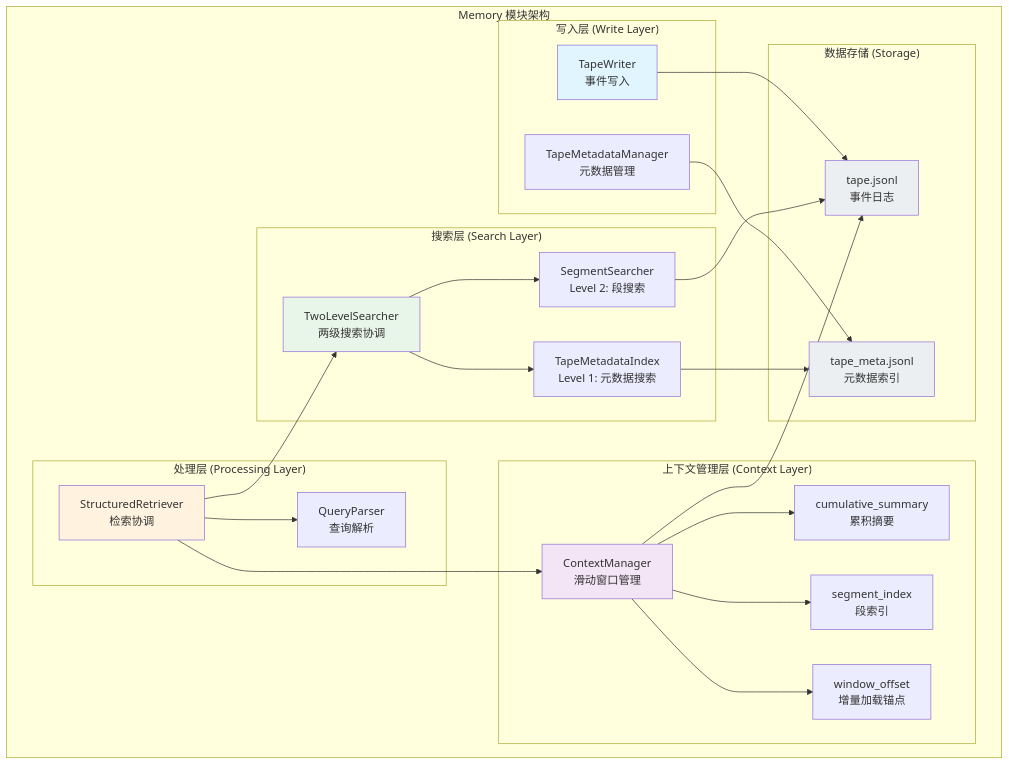
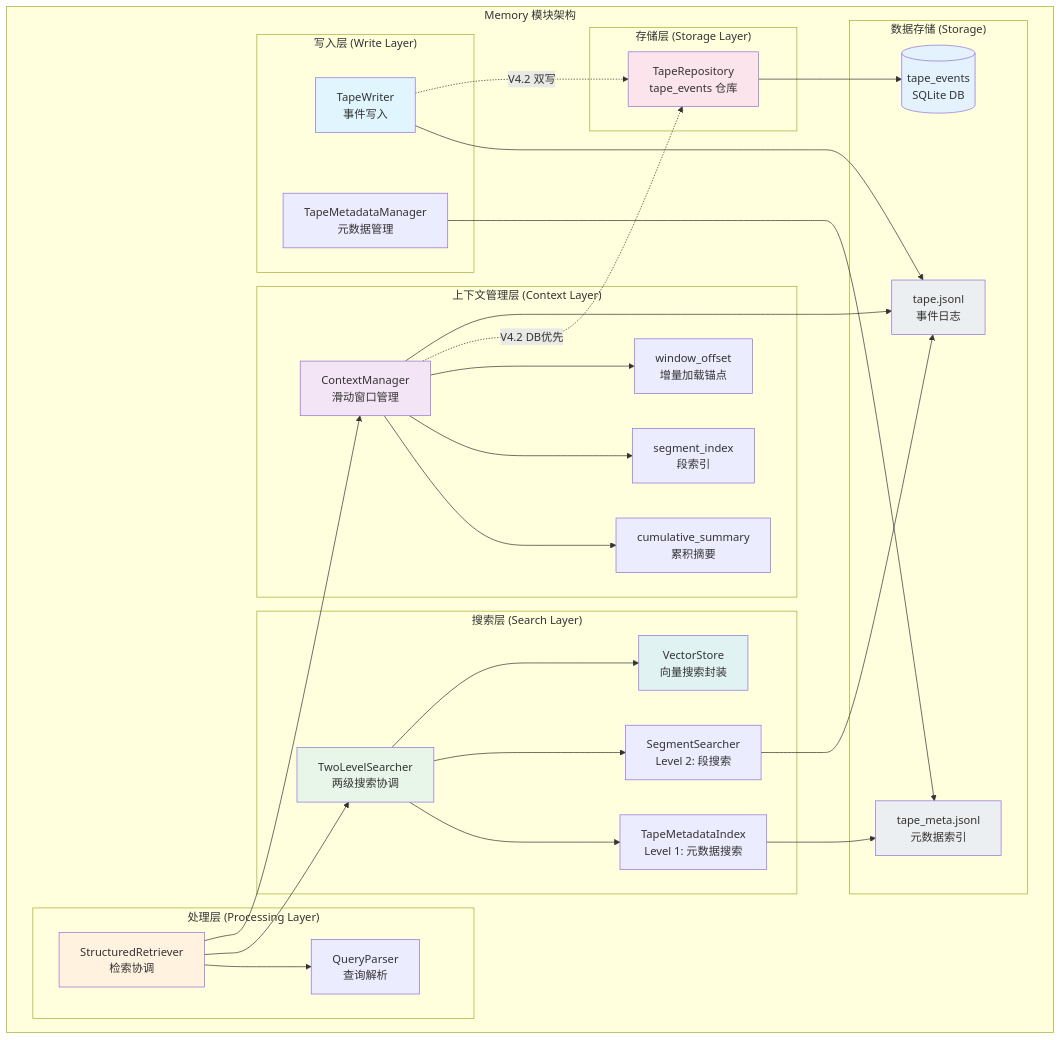
Before and after one commit to ykfnxx/simu-emperor: the first of 12 diagrams in src/simu_emperor/memory/AGENTS.md, drawn with Mermaid. The commit also changed other lines of this file and 5 other files, not shown here.

First line of the commit message:
docs(v4.2): update all AGENTS.md and CLAUDE.md for V4.2 architecture

````diff
--- a/src/simu_emperor/memory/AGENTS.md
+++ b/src/simu_emperor/memory/AGENTS.md
@@ -17,53 +21,66 @@
 ```mermaid
 graph TB
     subgraph "Memory 模块架构"
         subgraph "写入层 (Write Layer)"
             TW[TapeWriter<br/>事件写入]
             TMM[TapeMetadataManager<br/>元数据管理]
         end
 
         subgraph "上下文管理层 (Context Layer)"
             CM[ContextManager<br/>滑动窗口管理]
             CS[cumulative_summary<br/>累积摘要]
             SI[segment_index<br/>段索引]
             WO[window_offset<br/>增量加载锚点]
         end
 
         subgraph "搜索层 (Search Layer)"
             TLS[TwoLevelSearcher<br/>两级搜索协调]
             TMI[TapeMetadataIndex<br/>Level 1: 元数据搜索]
             SS[SegmentSearcher<br/>Level 2: 段搜索]
+            VS[VectorStore<br/>向量搜索封装]
         end
 
         subgraph "处理层 (Processing Layer)"
             QP[QueryParser<br/>查询解析]
             SR[StructuredRetriever<br/>检索协调]
         end
 
+        subgraph "存储层 (Storage Layer)"
+            TR[TapeRepository<br/>tape_events 仓库]
+        end
+
         subgraph "数据存储 (Storage)"
             tape[tape.jsonl<br/>事件日志]
             meta[tape_meta.jsonl<br/>元数据索引]
+            db[(tape_events<br/>SQLite DB)]
         end
 
         TW --> tape
+        TW -.->|V4.2 双写| TR
+        TR --> db
         TMM --> meta
         CM --> CS
         CM --> SI
         CM --> WO
+        CM -.->|V4.2 DB优先| TR
         CM --> tape
         TMI --> meta
         SS --> tape
         TLS --> TMI
         TLS --> SS
+        TLS --> VS
         SR --> QP
         SR --> TLS
         SR --> CM
 
         style TW fill:#e1f5fe
         style CM fill:#f3e5f5
         style TLS fill:#e8f5e9
         style SR fill:#fff3e0
+        style TR fill:#fce4ec
+        style VS fill:#e0f2f1
         style tape fill:#eceff1
         style meta fill:#eceff1
+        style db fill:#e3f2fd
     end
 ```
````
